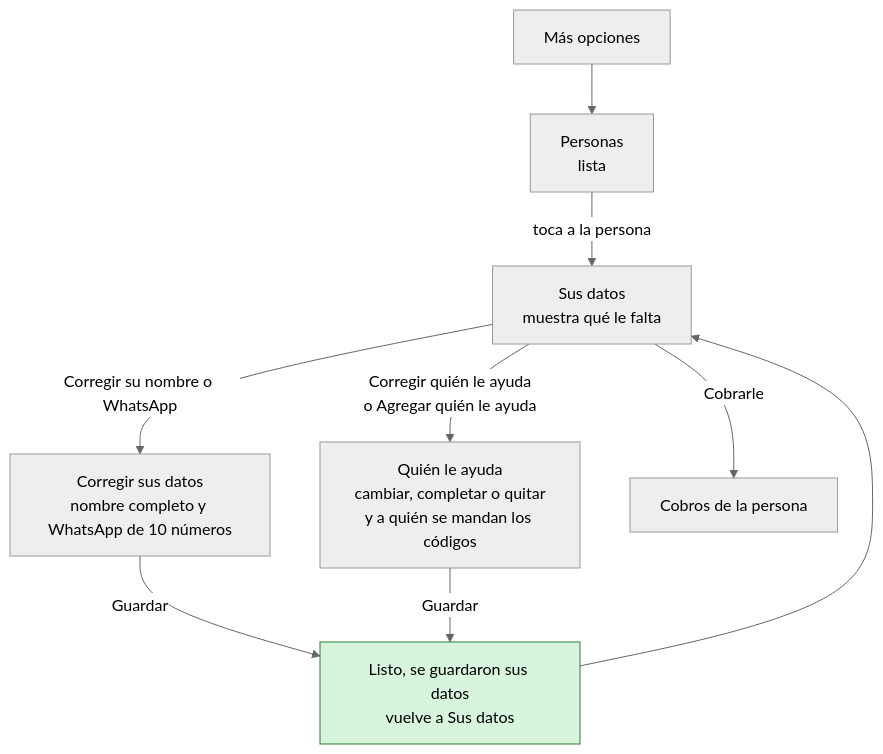
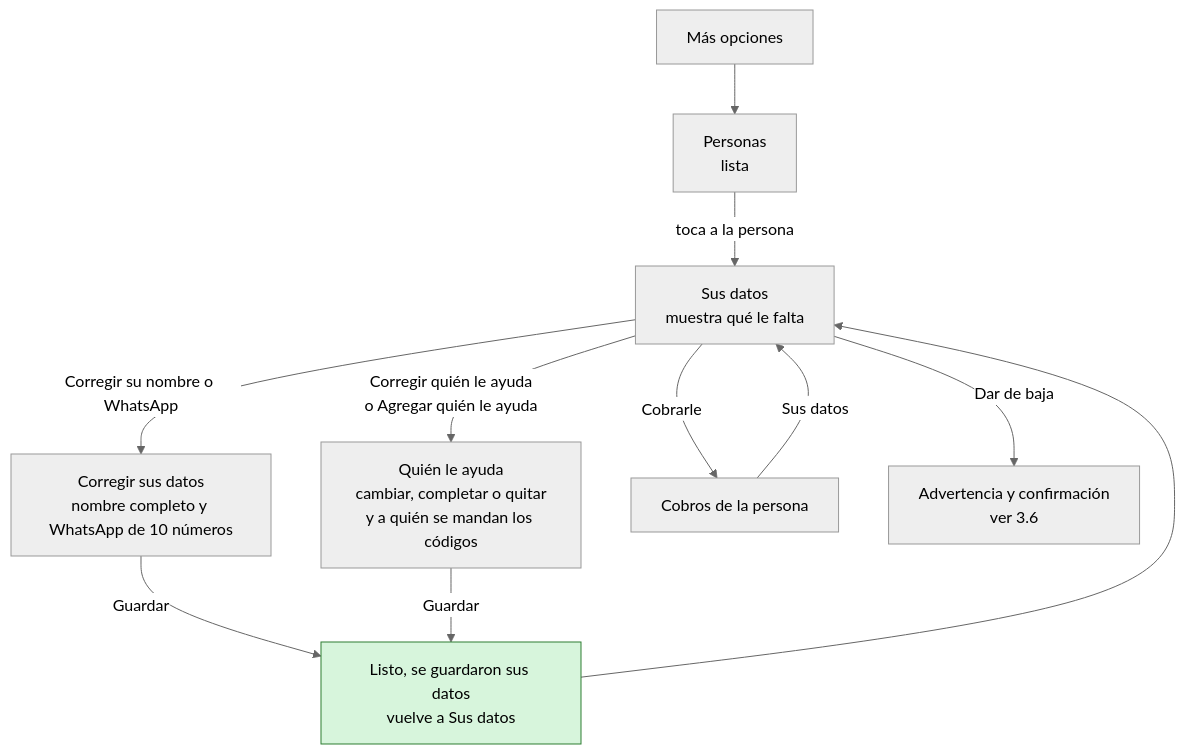
Diagram 13 of 15 in docs/MANUAL-FLUJOS.md (MissPili/cuentas-conmigo), drawn with Mermaid (neutral theme) before and after one commit. The commit also changed other lines of this file and 13 other files, not shown here.

First line of the commit message:
Corregir cobros (con caducidad de 24 h), Sus datos en los cobros, baja desde Sus datos y llaveros en la página 1

````diff
--- a/docs/MANUAL-FLUJOS.md
+++ b/docs/MANUAL-FLUJOS.md
@@ -301,12 +326,14 @@
 ```mermaid
 flowchart TD
   M["Más opciones"] --> PE["Personas<br>lista"]
   PE -->|"toca a la persona"| PD["Sus datos<br>muestra qué le falta"]
   PD -->|"Corregir su nombre o WhatsApp"| E1["Corregir sus datos<br>nombre completo y WhatsApp de 10 números"]
   PD -->|"Corregir quién le ayuda<br>o Agregar quién le ayuda"| E2["Quién le ayuda<br>cambiar, completar o quitar<br>y a quién se mandan los códigos"]
   PD -->|"Cobrarle"| PC["Cobros de la persona"]
+  PC -->|"Sus datos"| PD
+  PD -->|"Dar de baja"| BJ["Advertencia y confirmación<br>ver 3.6"]
   E1 -->|"Guardar"| OK["Listo, se guardaron sus datos<br>vuelve a Sus datos"]
   E2 -->|"Guardar"| OK
   OK --> PD
   style OK fill:#d7f5dc,stroke:#2e7d32
 ```
````
